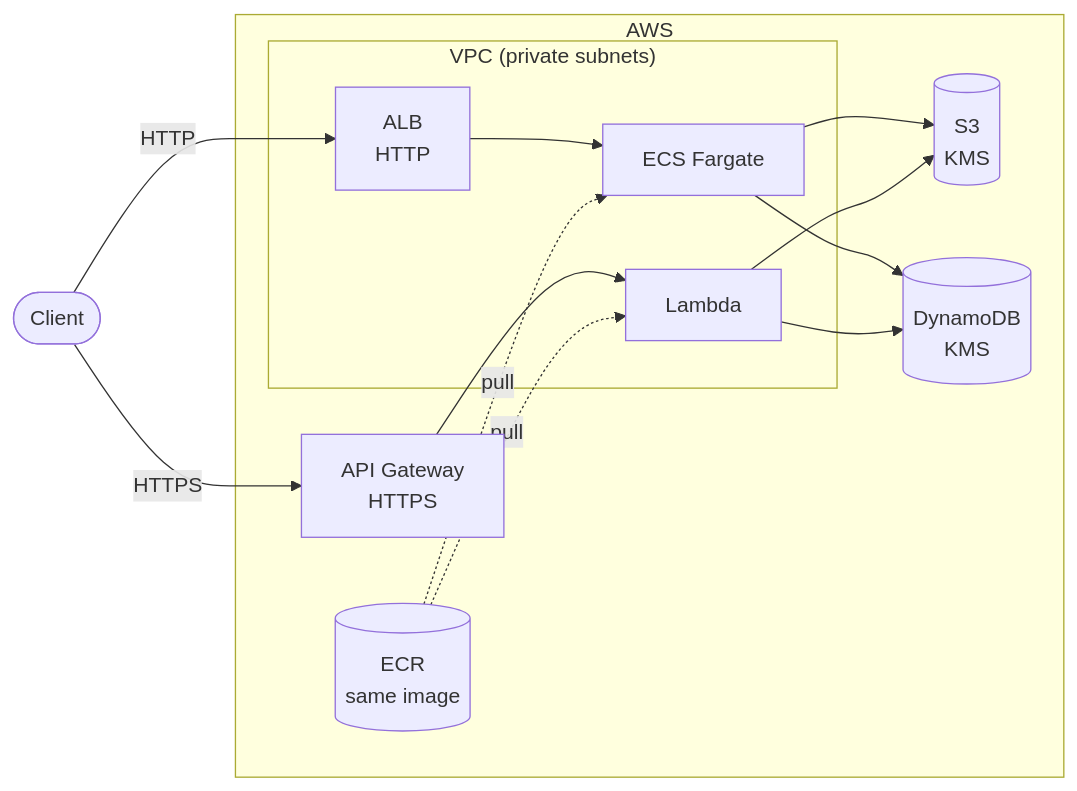
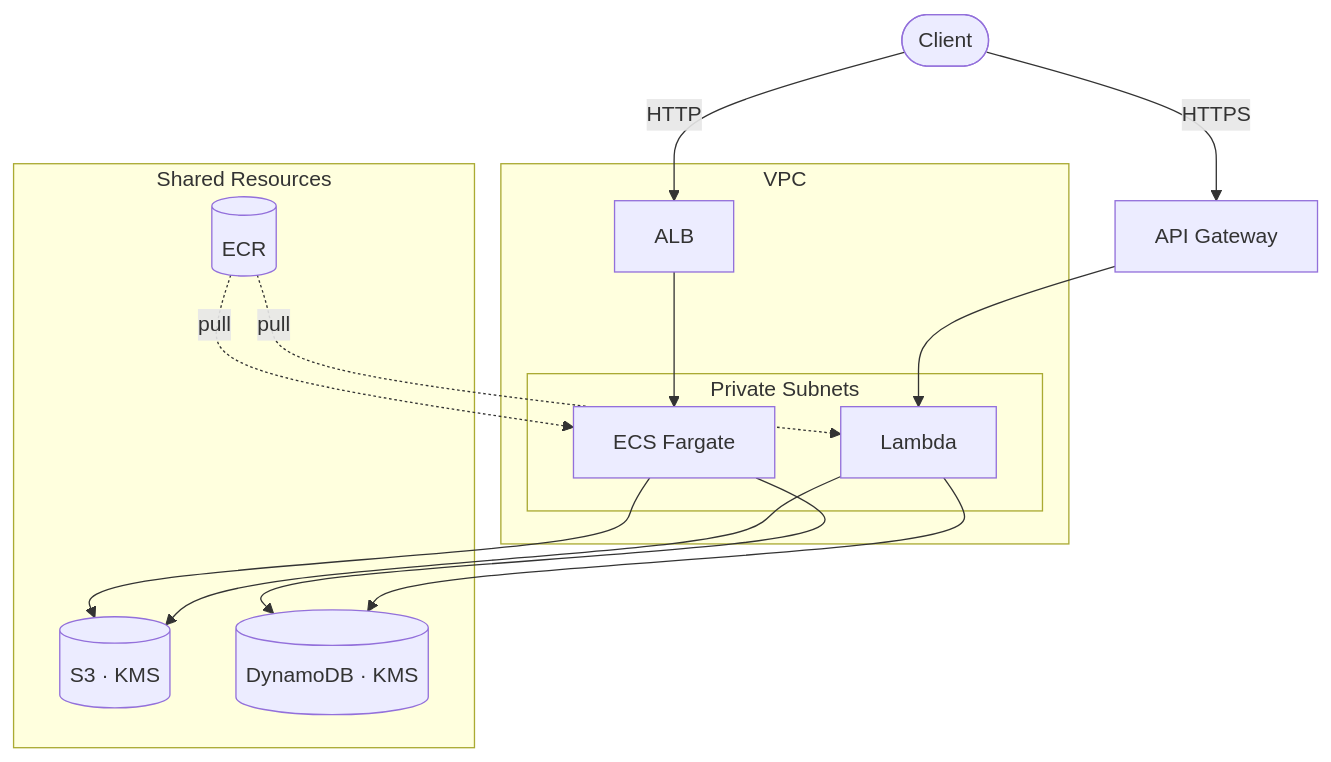
Before and after one commit to raspoutine1612/stratocore_th_tech_assessment: the first of 3 diagrams in README.md, drawn with Mermaid.

Commit message:
docs: clean up infra diagram layout

````diff
--- a/README.md
+++ b/README.md
@@ -9,29 +9,27 @@
 ```mermaid
-flowchart LR
+flowchart TD
     Client([Client])
+    APIGW["API Gateway"]
 
-    subgraph AWS
-        APIGW["API Gateway\nHTTPS"]
-
-        subgraph VPC["VPC (private subnets)"]
-            ALB["ALB\nHTTP"]
+    subgraph VPC["VPC"]
+        ALB[ALB]
+        subgraph Private["Private Subnets"]
             ECS["ECS Fargate"]
-            Lambda["Lambda"]
+            Lambda[Lambda]
         end
-
-        ECR[("ECR\nsame image")]
-        S3[("S3\nKMS")]
-        Dynamo[("DynamoDB\nKMS")]
     end
 
+    subgraph Shared["Shared Resources"]
+        ECR[("ECR")]
+        S3[("S3 · KMS")]
+        Dynamo[("DynamoDB · KMS")]
+    end
+
+    Client -->|HTTP| ALB --> ECS
     Client -->|HTTPS| APIGW --> Lambda
-    Client -->|HTTP| ALB --> ECS
 
-    ECR -.->|pull| ECS
-    ECR -.->|pull| Lambda
+    ECR -.->|pull| ECS & Lambda
 
-    ECS --> S3
-    ECS --> Dynamo
-    Lambda --> S3
-    Lambda --> Dynamo
+    ECS & Lambda --> S3
+    ECS & Lambda --> Dynamo
 ```
````
